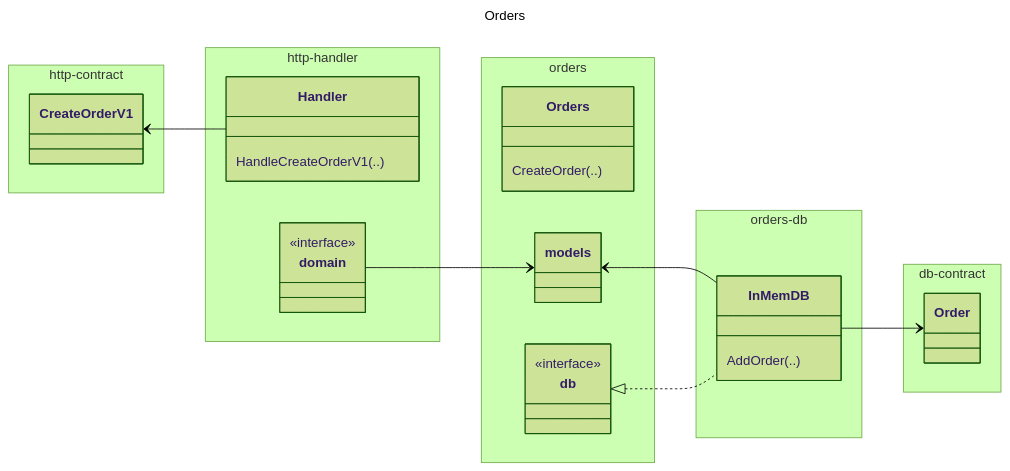
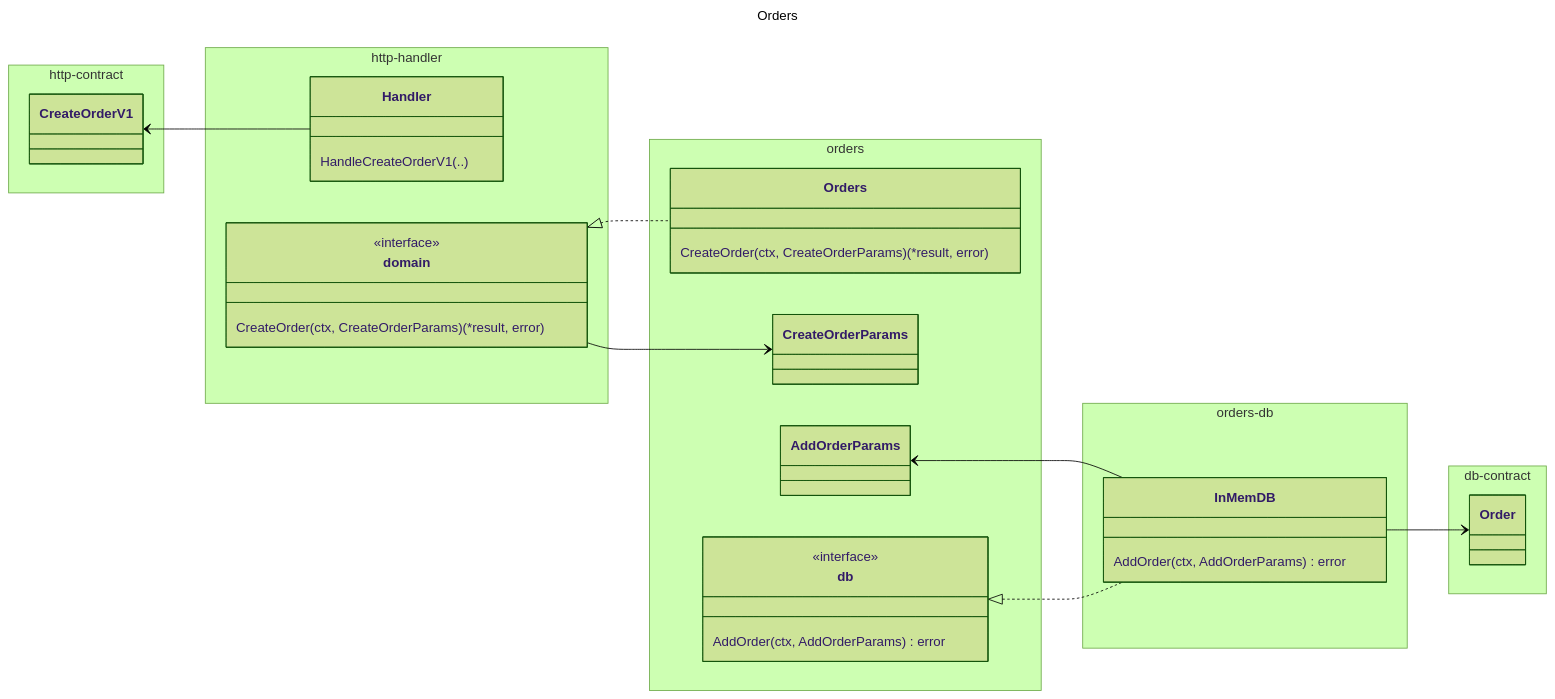
One commit to itimky/gopher-up-march-2024 changed the diagram in README.md. Above: the diagram before and after it, drawn with Mermaid (forest theme).

Commit message:
README: more detailed diagram

````diff
--- a/README.md
+++ b/README.md
@@ -8,48 +8,53 @@
 ```mermaid
 ---
 title: Orders
 ---
 classDiagram
     direction LR
     namespace http-contract {
         class CreateOrderV1 {
         }
     }
     namespace http-handler {
         class Handler {
             HandleCreateOrderV1(..)
         }
-        
+
         class HTTPDomainInterface["domain"] {
             <<interface>>
+            CreateOrder(ctx, CreateOrderParams)(*result, error)
         }
     }
     namespace orders {
         class Orders {
-            CreateOrder(..)
+            CreateOrder(ctx, CreateOrderParams)(*result, error)
         }
-        
-        class OrdersModels["models"] {
+
+        class CreateOrderParams {
+        }
+
+        class AddOrderParams {
         }
         
         class OrdersDBInterface["db"] {
             <<interface>>
+            AddOrder(ctx, AddOrderParams) error
         }
     }
     namespace orders-db {
         class InMemDB {
-            AddOrder(..)
+            AddOrder(ctx, AddOrderParams) error
         }
     }
     namespace db-contract {
         class Order {
-            
         }
     }
 
     CreateOrderV1 <-- Handler
-    HTTPDomainInterface --> OrdersModels
-    OrdersModels <-- InMemDB
+    HTTPDomainInterface --> CreateOrderParams
+    HTTPDomainInterface <|.. Orders
+    AddOrderParams <-- InMemDB
     OrdersDBInterface <|.. InMemDB
     InMemDB --> Order
 ```
````
